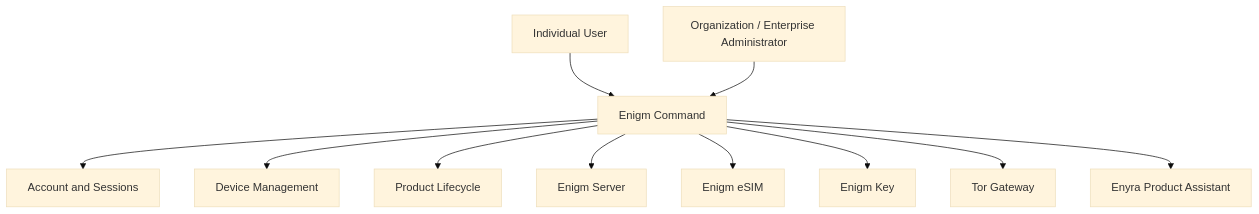
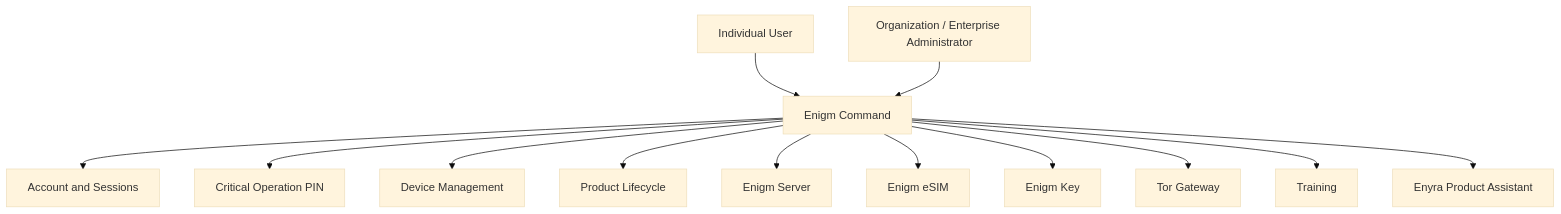
Before and after one commit to enigm-llc/docs: the diagram in command/overview.mdx, drawn with Mermaid (base theme). The commit also changed other lines of this file and 9 other files, not shown here.

````diff
--- a/command/overview.mdx
+++ b/command/overview.mdx
@@ -18,13 +18,15 @@
 ```mermaid
 flowchart TD
   User["Individual User"] --> Command["Enigm Command"]
   Enterprise["Organization / Enterprise Administrator"] --> Command
   Command --> Account["Account and Sessions"]
+  Command --> PIN["Critical Operation PIN"]
   Command --> Devices["Device Management"]
   Command --> Products["Product Lifecycle"]
   Command --> Server["Enigm Server"]
   Command --> ESIM["Enigm eSIM"]
   Command --> Key["Enigm Key"]
   Command --> Tor["Tor Gateway"]
+  Command --> Training["Training"]
   Command --> Assistant["Enyra Product Assistant"]
 ```
````
